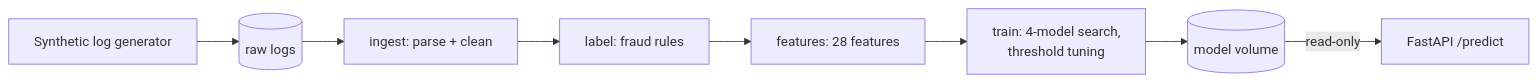
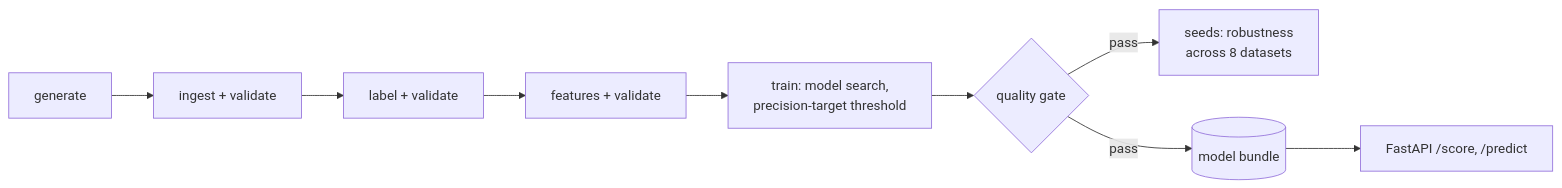
One commit to Hartyplaza/FraudShield-MLOps changed the diagram in README.md. Above: the diagram before and after it, drawn with Mermaid. The commit also changed other lines of this file and 1 other file, not shown here.

Commit message:
Document M4: data contracts, quality gate, behaviour checks, seed robustness

````diff
--- a/README.md
+++ b/README.md
@@ -34,10 +34,11 @@
 ```mermaid
 flowchart LR
-    G[Synthetic log generator] --> R[(raw logs)]
-    R --> I[ingest: parse + clean]
-    I --> L[label: fraud rules]
-    L --> F[features: 28 features]
-    F --> T[train: 4-model search,<br/>threshold tuning]
-    T --> M[(model volume)]
-    M -->|read-only| A[FastAPI /predict]
+    G[generate] --> I[ingest + validate]
+    I --> L[label + validate]
+    L --> F[features + validate]
+    F --> T[train: model search,<br/>precision-target threshold]
+    T --> Q{quality gate}
+    Q -->|pass| S[seeds: robustness<br/>across 8 datasets]
+    Q -->|pass| M[(model bundle)]
+    M --> A[FastAPI /score, /predict]
 ```
````
